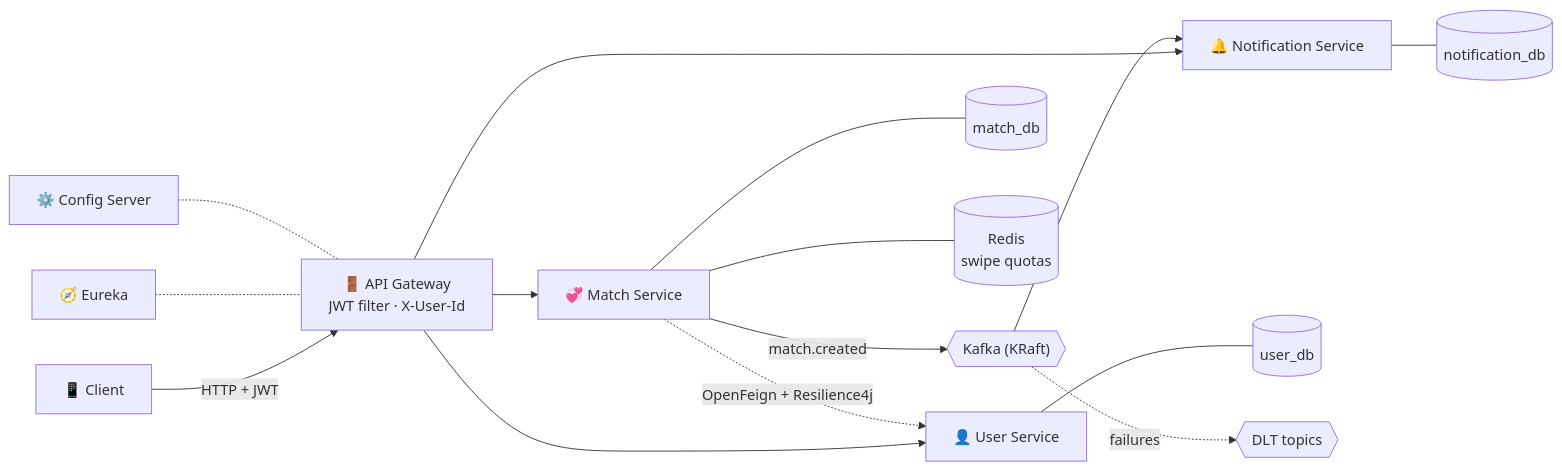
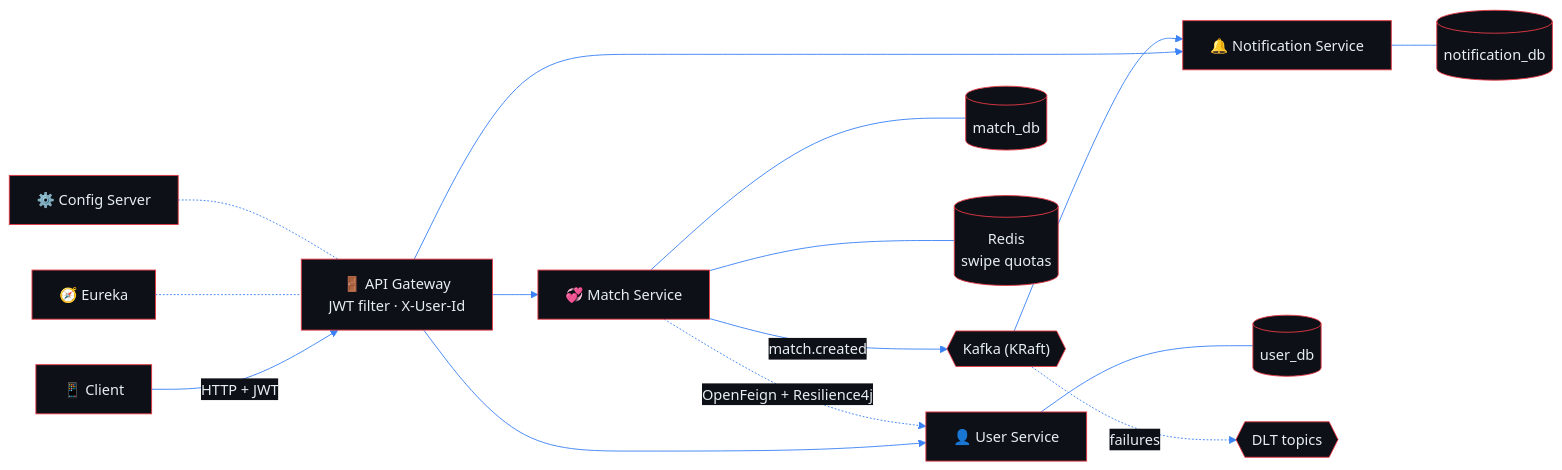
Before and after one commit to Nayeemshaik29/Nayeemshaik29: the diagram in README.md, drawn with Mermaid. The commit also changed other lines of this file and 5 other files, not shown here.

````diff
--- a/README.md
+++ b/README.md
@@ -122,17 +157,18 @@
 ```mermaid
+%%{init: {'theme':'base','themeVariables':{'primaryColor':'#0d1117','primaryBorderColor':'#e63946','primaryTextColor':'#e6edf3','lineColor':'#3b82f6','secondaryColor':'#0d1117','tertiaryColor':'#0d1117','clusterBkg':'#0d1117'}}}%%
 flowchart LR
     C["📱 Client"] -->|HTTP + JWT| GW["🚪 API Gateway<br/>JWT filter · X-User-Id"]
     GW --> US["👤 User Service"]
     GW --> MS["💞 Match Service"]
     GW --> NS["🔔 Notification Service"]
     REG["🧭 Eureka"] -.- GW
     CFG["⚙️ Config Server"] -.- GW
     US --- UDB[("user_db")]
     MS --- MDB[("match_db")]
     MS --- RD[("Redis<br/>swipe quotas")]
     NS --- NDB[("notification_db")]
     MS -.->|"OpenFeign + Resilience4j"| US
     MS -->|match.created| K{{"Kafka (KRaft)"}}
     K --> NS
     K -.->|failures| DLT{{"DLT topics"}}
 ```
````
